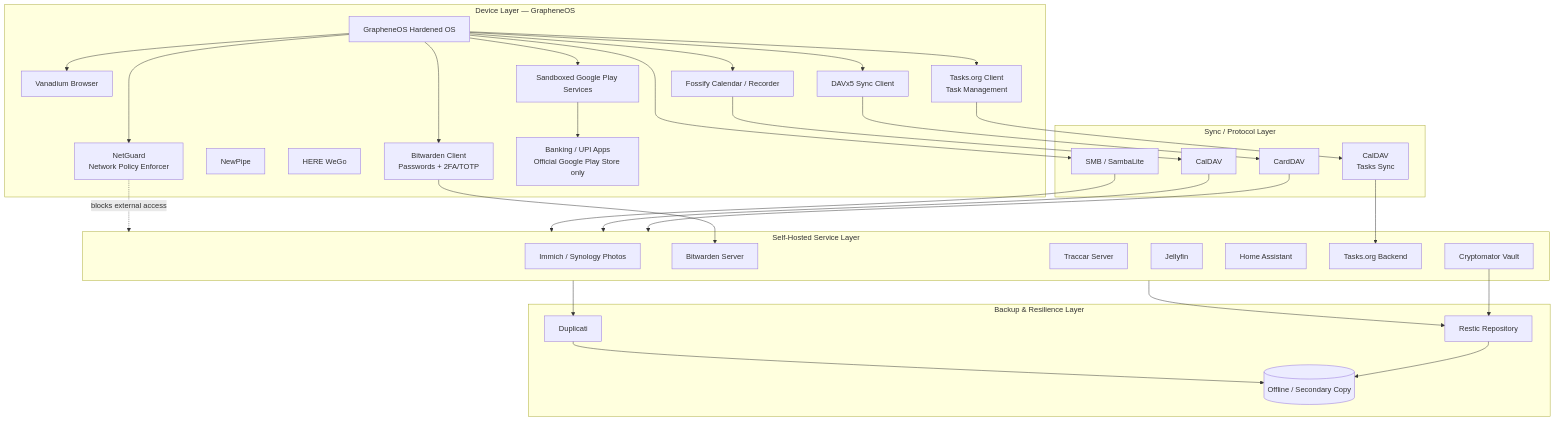
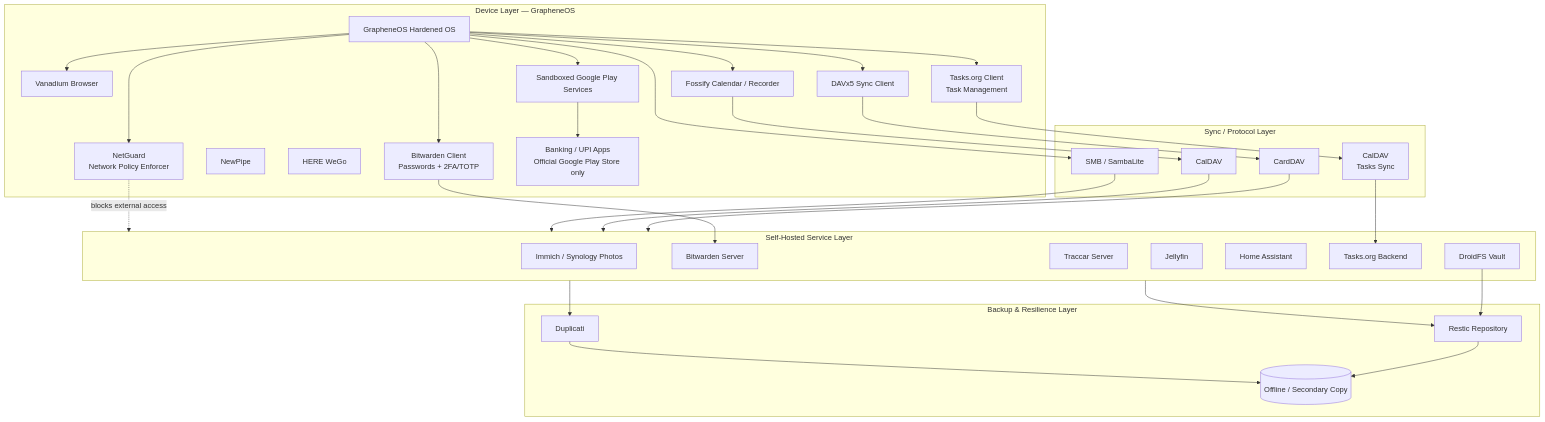
One commit to Kf1sh27/DeGoogle changed the first of 2 diagrams in README.md. Above: the diagram before and after it, drawn with Mermaid. The commit also changed other lines of this file, not shown here.

Commit message:
Replace Cryptomator references with DroidFS and add the paid-version note

````diff
--- a/README.md
+++ b/README.md
@@ -45,47 +45,47 @@
 ```mermaid
 flowchart TB
     subgraph Device["Device Layer — GrapheneOS"]
         GOS[GrapheneOS Hardened OS]
         Vanadium[Vanadium Browser]
         SGP[Sandboxed Google Play Services]
         DAVx5[DAVx5 Sync Client]
         Fossify[Fossify Calendar / Recorder]
         BWClient[Bitwarden Client<br/>Passwords + 2FA/TOTP]
         TasksOrg[Tasks.org Client<br/>Task Management]
         NewPipe[NewPipe]
         HERE[HERE WeGo]
         NetGuard[NetGuard<br/>Network Policy Enforcer]
         BankApps[Banking / UPI Apps<br/>Official Google Play Store only]
     end
     subgraph Sync["Sync / Protocol Layer"]
         CardDAV[CardDAV]
         CalDAV[CalDAV]
         TaskDAV[CalDAV<br/>Tasks Sync]
         SMB[SMB / SambaLite]
     end
     subgraph Homelab["Self-Hosted Service Layer"]
         Immich[Immich / Synology Photos]
         Bitwarden[Bitwarden Server]
         Traccar[Traccar Server]
         Jellyfin[Jellyfin]
         HA[Home Assistant]
         TasksBackend[Tasks.org Backend]
-        CryptoVault[Cryptomator Vault]
+        DroidFSVault[DroidFS Vault]
     end
     subgraph BackupLayer["Backup & Resilience Layer"]
         Restic[Restic Repository]
         Duplicati[Duplicati]
         Offsite[(Offline / Secondary Copy)]
     end
     GOS --> Vanadium
     GOS --> DAVx5 --> CardDAV --> Homelab
     GOS --> Fossify --> CalDAV --> Homelab
     GOS --> TasksOrg --> TaskDAV --> TasksBackend
     GOS --> BWClient --> Bitwarden
     GOS --> SMB --> Homelab
     GOS --> NetGuard -.blocks external access.-> Homelab
     GOS --> SGP --> BankApps
     Homelab --> Restic --> Offsite
     Homelab --> Duplicati --> Offsite
-    CryptoVault --> Restic
+    DroidFSVault --> Restic
 ```
````
